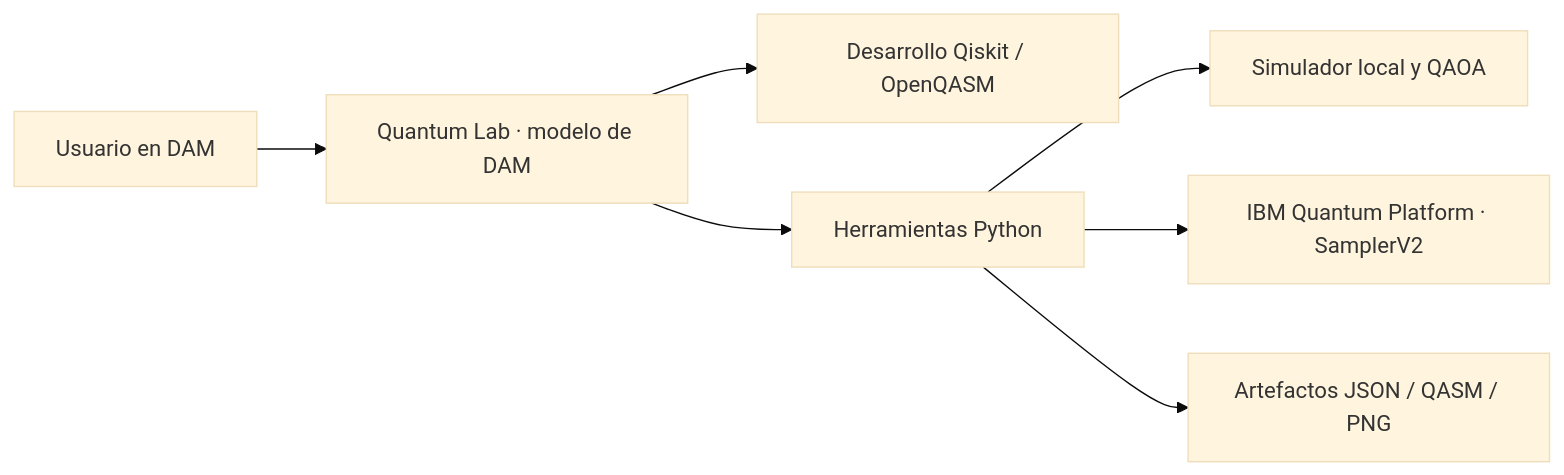
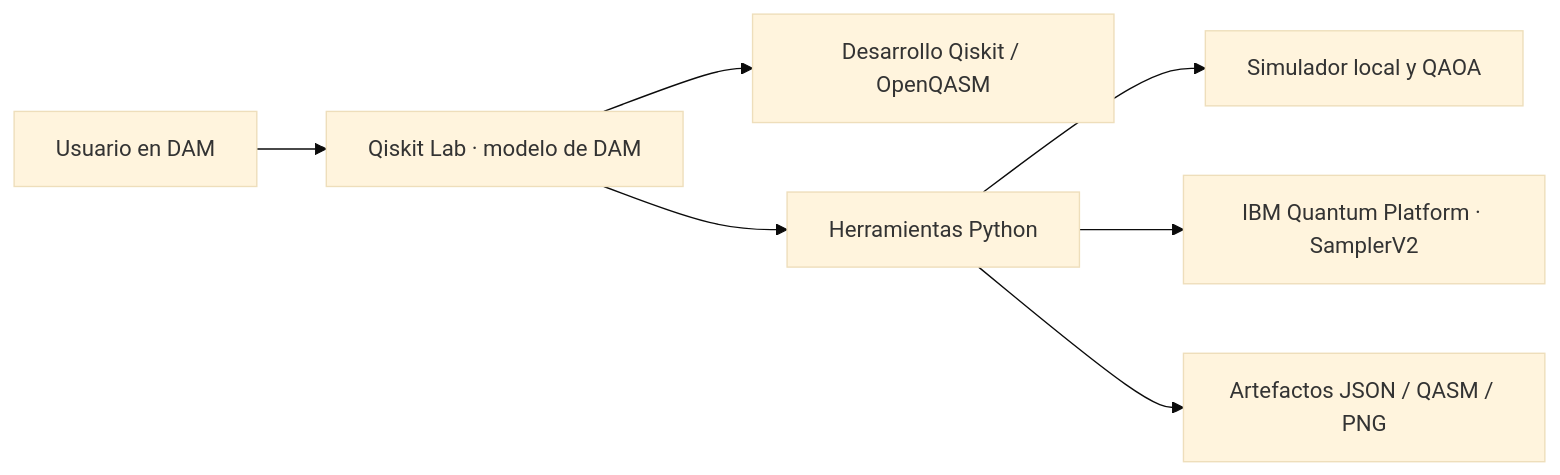
One commit to BrUn3y/qiskit_lab changed the diagram in README.md. Above: the diagram before and after it, drawn with Mermaid (base theme). The commit also changed other lines of this file and 10 other files, not shown here.

Commit message:
feat: name the kit Qiskit Lab and configure the DAM model during deployment

````diff
--- a/README.md
+++ b/README.md
@@ -7,9 +7,9 @@
 ```mermaid
 flowchart LR
-    U[Usuario en DAM] --> A[Quantum Lab · modelo de DAM]
+    U[Usuario en DAM] --> A[Qiskit Lab · modelo de DAM]
     A --> D[Desarrollo Qiskit / OpenQASM]
     A --> T[Herramientas Python]
     T --> S[Simulador local y QAOA]
     T --> I[IBM Quantum Platform · SamplerV2]
     T --> F[Artefactos JSON / QASM / PNG]
 ```
````
